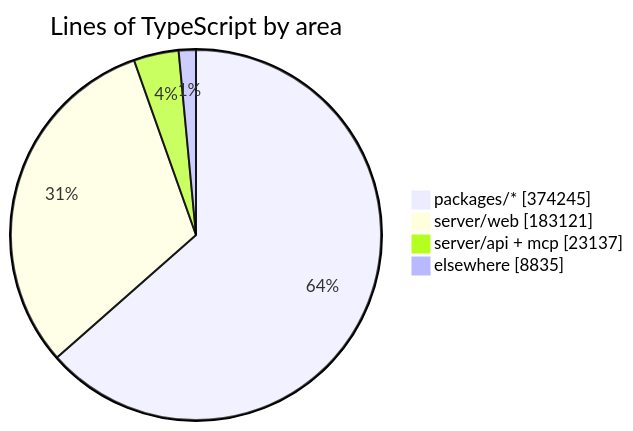
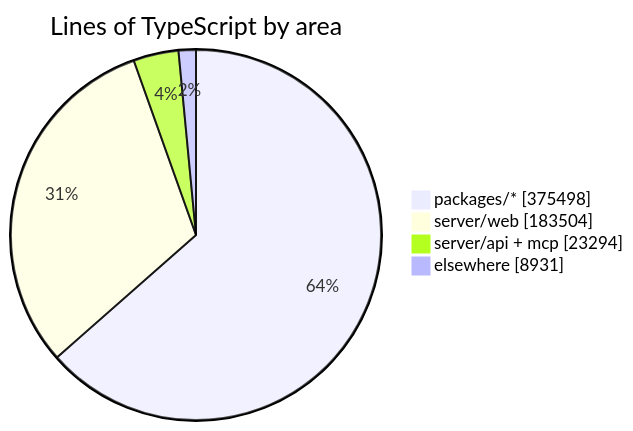
The diagram in README.md (crossworks-engineering/mantle), drawn with Mermaid before and after one commit. The commit also changed other lines of this file and 2 other files, not shown here.

````diff
--- a/README.md
+++ b/README.md
@@ -294,7 +294,7 @@
 ```mermaid
 pie showData title Lines of TypeScript by area
-    "packages/*" : 374245
-    "server/web" : 183121
-    "server/api + mcp" : 23137
-    "elsewhere" : 8835
+    "packages/*" : 375498
+    "server/web" : 183504
+    "server/api + mcp" : 23294
+    "elsewhere" : 8931
 ```
````
